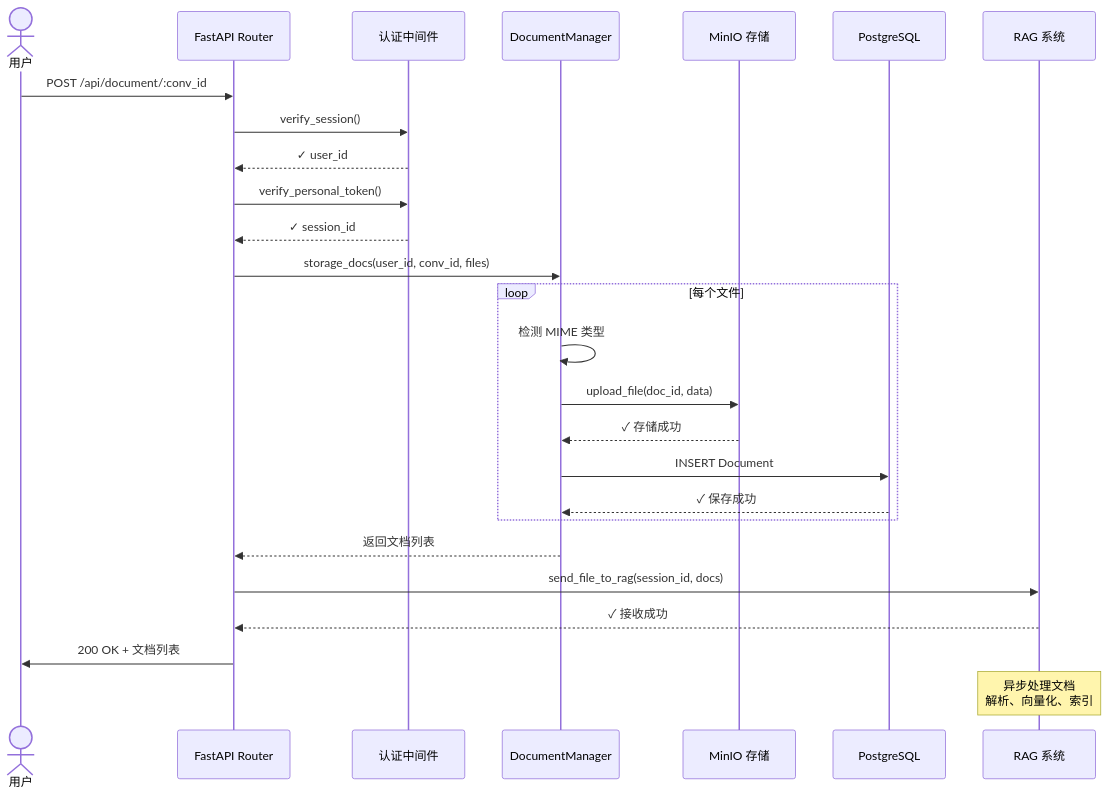
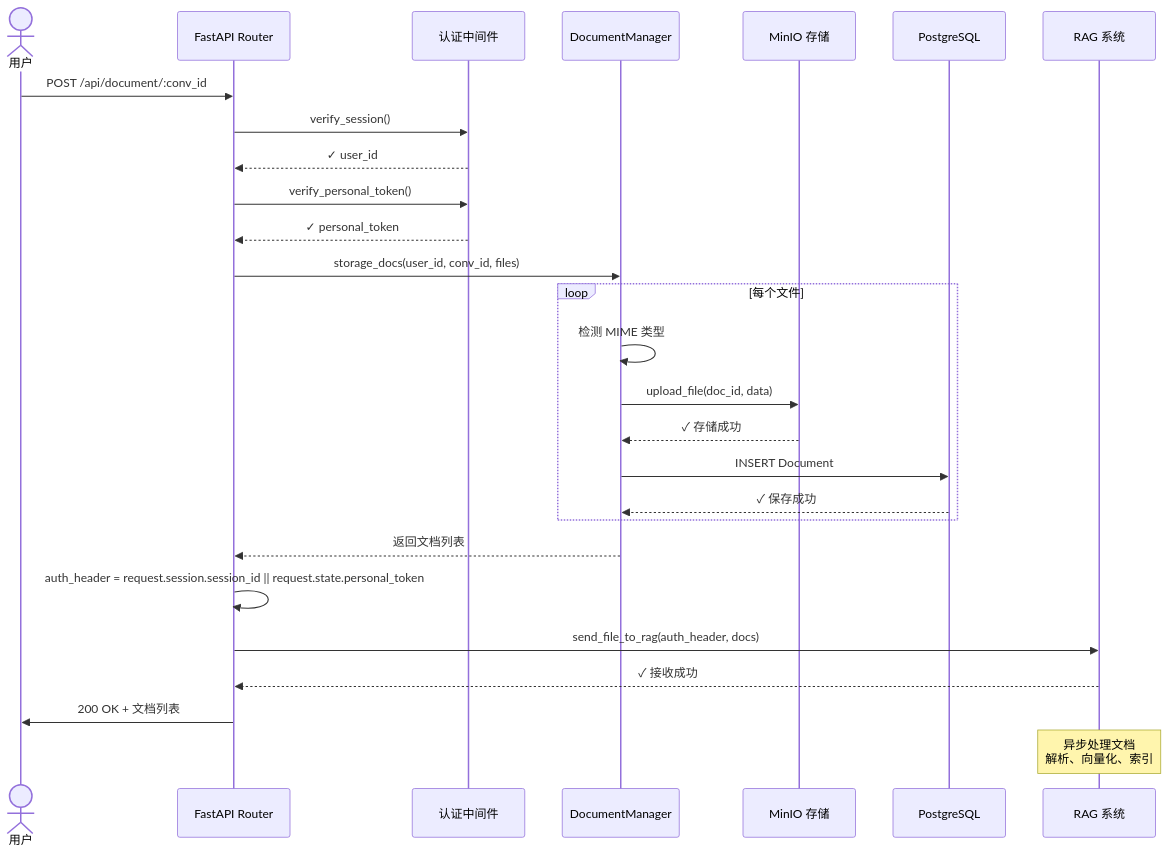
The fifth of 10 diagrams in design/services/document.md (openeuler-mirror/euler-copilot-framework), drawn with Mermaid before and after one commit. The commit also changed other lines of this file and 22 other files, not shown here.

````diff
--- a/design/services/document.md
+++ b/design/services/document.md
@@ -499,35 +499,36 @@
 ```mermaid
 sequenceDiagram
     actor User as 用户
     participant API as FastAPI Router
     participant Auth as 认证中间件
     participant DM as DocumentManager
     participant MinIO as MinIO 存储
     participant DB as PostgreSQL
     participant RAG as RAG 系统
 
     User->>API: POST /api/document/:conv_id
     API->>Auth: verify_session()
     Auth-->>API: ✓ user_id
     API->>Auth: verify_personal_token()
-    Auth-->>API: ✓ session_id
+    Auth-->>API: ✓ personal_token
 
     API->>DM: storage_docs(user_id, conv_id, files)
 
     loop 每个文件
         DM->>DM: 检测 MIME 类型
         DM->>MinIO: upload_file(doc_id, data)
         MinIO-->>DM: ✓ 存储成功
         DM->>DB: INSERT Document
         DB-->>DM: ✓ 保存成功
     end
 
     DM-->>API: 返回文档列表
 
-    API->>RAG: send_file_to_rag(session_id, docs)
+    API->>API: auth_header = request.session.session_id || request.state.personal_token
+    API->>RAG: send_file_to_rag(auth_header, docs)
     RAG-->>API: ✓ 接收成功
 
     API->>User: 200 OK + 文档列表
 
     Note over RAG: 异步处理文档<br/>解析、向量化、索引
 ```
````
